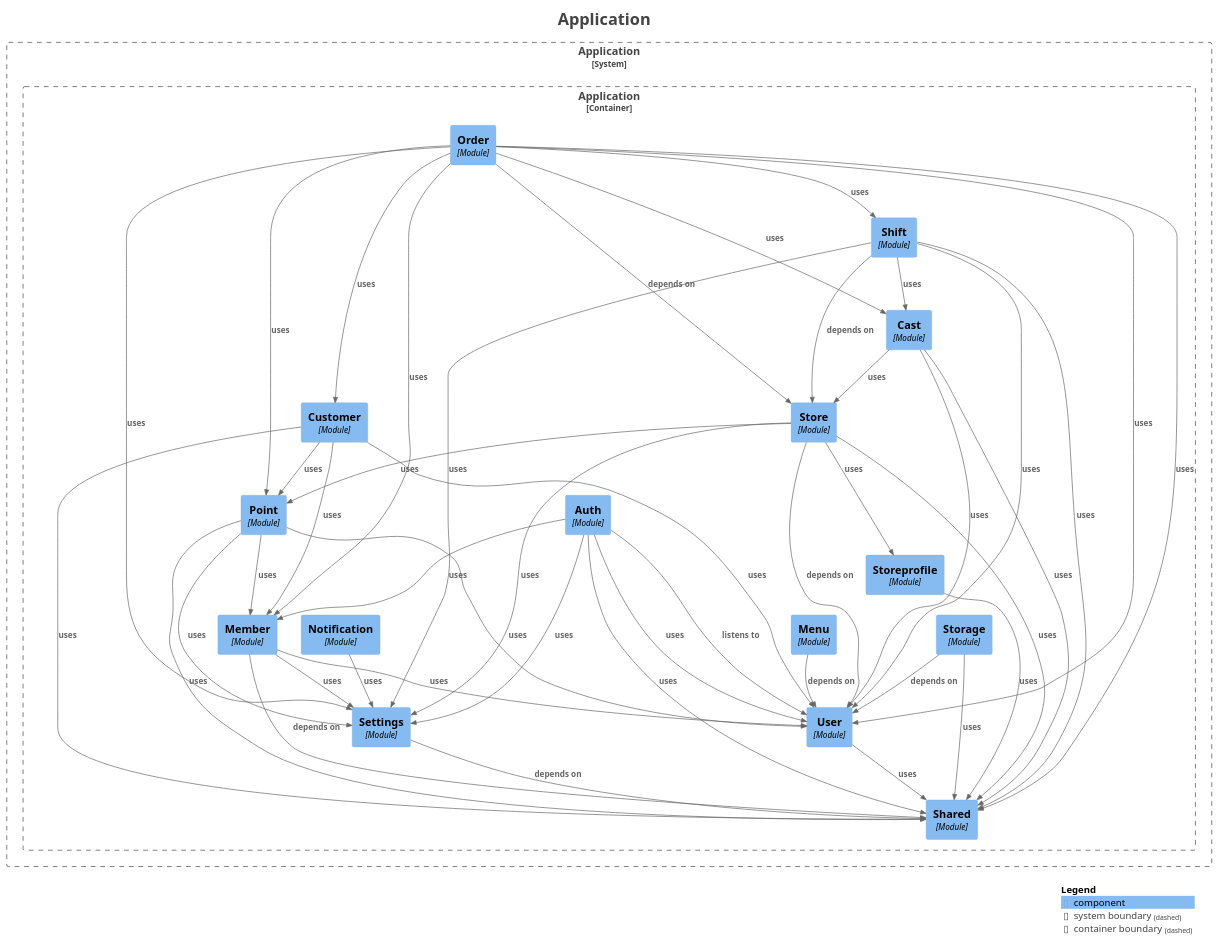
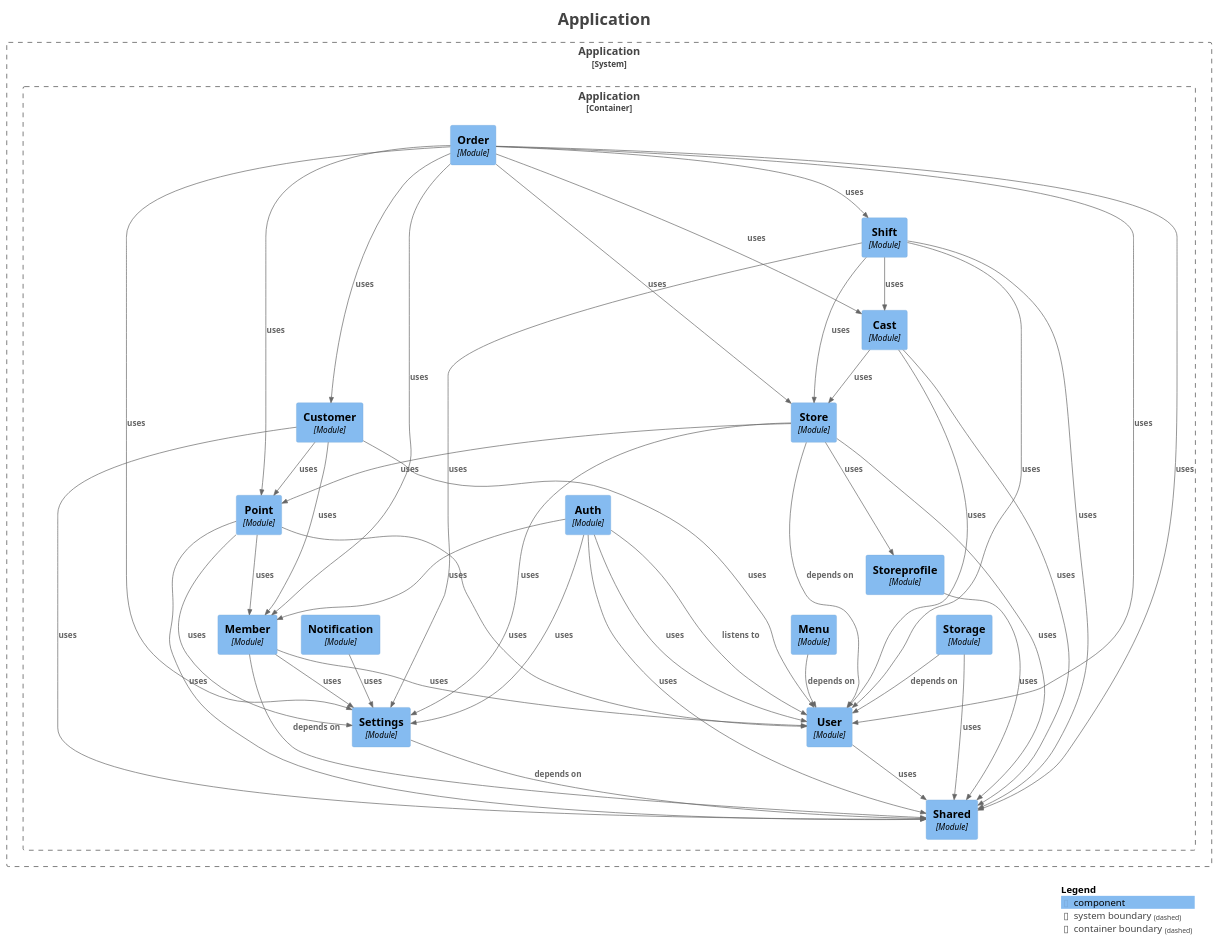
One commit to kanghouchao/Kizuna changed the diagram in backend/docs/modulith/components.puml. Above: the diagram before and after it, drawn with PlantUML. The commit also changed 12 other files, not shown here.

```diff
--- a/backend/docs/modulith/components.puml
+++ b/backend/docs/modulith/components.puml
@@ -1,87 +1,87 @@
 @startuml
 title <size:24>Application</size>
 
 set separator none
 top to bottom direction
 
 <style>
   root {
     BackgroundColor: #ffffff
     FontColor: #444444
   }
 </style>
 
 !include <C4/C4>
 !include <C4/C4_Context>
 !include <C4/C4_Component>
 
 System_Boundary("Application_boundary", "Application", $tags="") {
   Container_Boundary("Application.Application_boundary", "Application", $tags="") {
     Component(Application.Application.Storage, "Storage", $techn="Module", $descr="", $tags="", $link="")
     Component(Application.Application.Auth, "Auth", $techn="Module", $descr="", $tags="", $link="")
     Component(Application.Application.Point, "Point", $techn="Module", $descr="", $tags="", $link="")
     Component(Application.Application.Customer, "Customer", $techn="Module", $descr="", $tags="", $link="")
     Component(Application.Application.Store, "Store", $techn="Module", $descr="", $tags="", $link="")
     Component(Application.Application.Cast, "Cast", $techn="Module", $descr="", $tags="", $link="")
     Component(Application.Application.Shift, "Shift", $techn="Module", $descr="", $tags="", $link="")
     Component(Application.Application.Order, "Order", $techn="Module", $descr="", $tags="", $link="")
     Component(Application.Application.Shared, "Shared", $techn="Module", $descr="", $tags="", $link="")
     Component(Application.Application.Settings, "Settings", $techn="Module", $descr="", $tags="", $link="")
     Component(Application.Application.Storeprofile, "Storeprofile", $techn="Module", $descr="", $tags="", $link="")
     Component(Application.Application.User, "User", $techn="Module", $descr="", $tags="", $link="")
     Component(Application.Application.Member, "Member", $techn="Module", $descr="", $tags="", $link="")
     Component(Application.Application.Menu, "Menu", $techn="Module", $descr="", $tags="", $link="")
     Component(Application.Application.Notification, "Notification", $techn="Module", $descr="", $tags="", $link="")
   }
 
 }
 
-Rel(Application.Application.Member, Application.Application.Shared, "depends on", $techn="", $tags="", $link="")
-Rel(Application.Application.Member, Application.Application.Settings, "uses", $techn="", $tags="", $link="")
-Rel(Application.Application.Member, Application.Application.User, "uses", $techn="", $tags="", $link="")
+Rel(Application.Application.Notification, Application.Application.Settings, "uses", $techn="", $tags="", $link="")
+Rel(Application.Application.Storeprofile, Application.Application.Shared, "uses", $techn="", $tags="", $link="")
 Rel(Application.Application.Customer, Application.Application.Member, "uses", $techn="", $tags="", $link="")
 Rel(Application.Application.Customer, Application.Application.User, "uses", $techn="", $tags="", $link="")
 Rel(Application.Application.Customer, Application.Application.Shared, "uses", $techn="", $tags="", $link="")
 Rel(Application.Application.Customer, Application.Application.Point, "uses", $techn="", $tags="", $link="")
-Rel(Application.Application.Settings, Application.Application.Shared, "depends on", $techn="", $tags="", $link="")
-Rel(Application.Application.Order, Application.Application.Store, "depends on", $techn="", $tags="", $link="")
+Rel(Application.Application.Auth, Application.Application.User, "listens to", $techn="", $tags="", $link="")
+Rel(Application.Application.Auth, Application.Application.User, "uses", $techn="", $tags="", $link="")
+Rel(Application.Application.Auth, Application.Application.Member, "uses", $techn="", $tags="", $link="")
+Rel(Application.Application.Auth, Application.Application.Shared, "uses", $techn="", $tags="", $link="")
+Rel(Application.Application.Auth, Application.Application.Settings, "uses", $techn="", $tags="", $link="")
+Rel(Application.Application.Cast, Application.Application.User, "uses", $techn="", $tags="", $link="")
+Rel(Application.Application.Cast, Application.Application.Store, "uses", $techn="", $tags="", $link="")
+Rel(Application.Application.Cast, Application.Application.Shared, "uses", $techn="", $tags="", $link="")
 Rel(Application.Application.Order, Application.Application.Shared, "uses", $techn="", $tags="", $link="")
+Rel(Application.Application.Order, Application.Application.Point, "uses", $techn="", $tags="", $link="")
+Rel(Application.Application.Order, Application.Application.Member, "uses", $techn="", $tags="", $link="")
 Rel(Application.Application.Order, Application.Application.User, "uses", $techn="", $tags="", $link="")
-Rel(Application.Application.Order, Application.Application.Member, "uses", $techn="", $tags="", $link="")
 Rel(Application.Application.Order, Application.Application.Settings, "uses", $techn="", $tags="", $link="")
-Rel(Application.Application.Order, Application.Application.Point, "uses", $techn="", $tags="", $link="")
 Rel(Application.Application.Order, Application.Application.Cast, "uses", $techn="", $tags="", $link="")
+Rel(Application.Application.Order, Application.Application.Store, "uses", $techn="", $tags="", $link="")
 Rel(Application.Application.Order, Application.Application.Shift, "uses", $techn="", $tags="", $link="")
 Rel(Application.Application.Order, Application.Application.Customer, "uses", $techn="", $tags="", $link="")
+Rel(Application.Application.Shift, Application.Application.Settings, "uses", $techn="", $tags="", $link="")
+Rel(Application.Application.Shift, Application.Application.Cast, "uses", $techn="", $tags="", $link="")
+Rel(Application.Application.Shift, Application.Application.User, "uses", $techn="", $tags="", $link="")
+Rel(Application.Application.Shift, Application.Application.Store, "uses", $techn="", $tags="", $link="")
+Rel(Application.Application.Shift, Application.Application.Shared, "uses", $techn="", $tags="", $link="")
+Rel(Application.Application.Point, Application.Application.Shared, "uses", $techn="", $tags="", $link="")
+Rel(Application.Application.Point, Application.Application.User, "uses", $techn="", $tags="", $link="")
+Rel(Application.Application.Point, Application.Application.Member, "uses", $techn="", $tags="", $link="")
+Rel(Application.Application.Point, Application.Application.Settings, "uses", $techn="", $tags="", $link="")
 Rel(Application.Application.Store, Application.Application.User, "depends on", $techn="", $tags="", $link="")
 Rel(Application.Application.Store, Application.Application.Storeprofile, "uses", $techn="", $tags="", $link="")
 Rel(Application.Application.Store, Application.Application.Point, "uses", $techn="", $tags="", $link="")
 Rel(Application.Application.Store, Application.Application.Settings, "uses", $techn="", $tags="", $link="")
 Rel(Application.Application.Store, Application.Application.Shared, "uses", $techn="", $tags="", $link="")
-Rel(Application.Application.Menu, Application.Application.User, "depends on", $techn="", $tags="", $link="")
-Rel(Application.Application.Shift, Application.Application.Store, "depends on", $techn="", $tags="", $link="")
-Rel(Application.Application.Shift, Application.Application.Settings, "uses", $techn="", $tags="", $link="")
-Rel(Application.Application.Shift, Application.Application.Cast, "uses", $techn="", $tags="", $link="")
-Rel(Application.Application.Shift, Application.Application.User, "uses", $techn="", $tags="", $link="")
-Rel(Application.Application.Shift, Application.Application.Shared, "uses", $techn="", $tags="", $link="")
-Rel(Application.Application.Storeprofile, Application.Application.Shared, "uses", $techn="", $tags="", $link="")
-Rel(Application.Application.Cast, Application.Application.User, "uses", $techn="", $tags="", $link="")
-Rel(Application.Application.Cast, Application.Application.Store, "uses", $techn="", $tags="", $link="")
-Rel(Application.Application.Cast, Application.Application.Shared, "uses", $techn="", $tags="", $link="")
+Rel(Application.Application.Settings, Application.Application.Shared, "depends on", $techn="", $tags="", $link="")
+Rel(Application.Application.User, Application.Application.Shared, "uses", $techn="", $tags="", $link="")
+Rel(Application.Application.Member, Application.Application.Shared, "depends on", $techn="", $tags="", $link="")
+Rel(Application.Application.Member, Application.Application.Settings, "uses", $techn="", $tags="", $link="")
+Rel(Application.Application.Member, Application.Application.User, "uses", $techn="", $tags="", $link="")
 Rel(Application.Application.Storage, Application.Application.User, "depends on", $techn="", $tags="", $link="")
 Rel(Application.Application.Storage, Application.Application.Shared, "uses", $techn="", $tags="", $link="")
-Rel(Application.Application.Auth, Application.Application.User, "listens to", $techn="", $tags="", $link="")
-Rel(Application.Application.Auth, Application.Application.User, "uses", $techn="", $tags="", $link="")
-Rel(Application.Application.Auth, Application.Application.Member, "uses", $techn="", $tags="", $link="")
-Rel(Application.Application.Auth, Application.Application.Shared, "uses", $techn="", $tags="", $link="")
-Rel(Application.Application.Auth, Application.Application.Settings, "uses", $techn="", $tags="", $link="")
-Rel(Application.Application.User, Application.Application.Shared, "uses", $techn="", $tags="", $link="")
-Rel(Application.Application.Point, Application.Application.User, "uses", $techn="", $tags="", $link="")
-Rel(Application.Application.Point, Application.Application.Member, "uses", $techn="", $tags="", $link="")
-Rel(Application.Application.Point, Application.Application.Shared, "uses", $techn="", $tags="", $link="")
-Rel(Application.Application.Point, Application.Application.Settings, "uses", $techn="", $tags="", $link="")
-Rel(Application.Application.Notification, Application.Application.Settings, "uses", $techn="", $tags="", $link="")
+Rel(Application.Application.Menu, Application.Application.User, "depends on", $techn="", $tags="", $link="")
 
 SHOW_LEGEND(true)
 hide stereotypes
 @enduml
```
